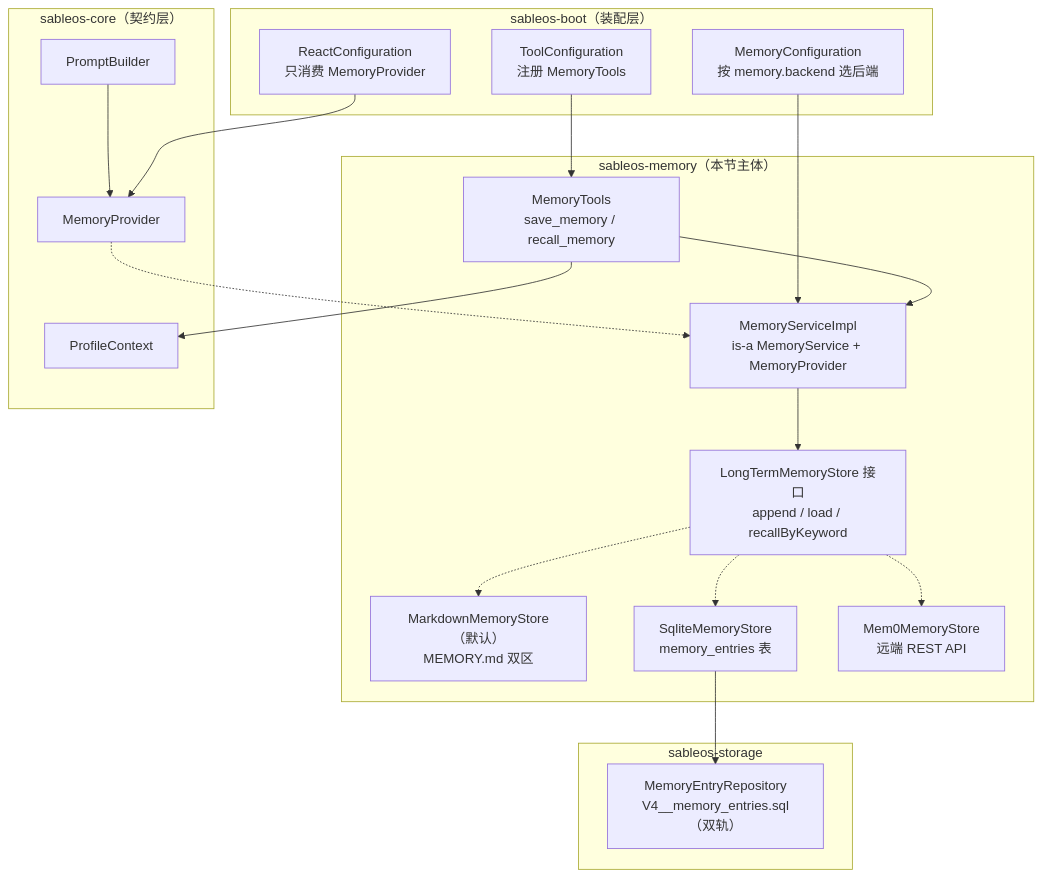
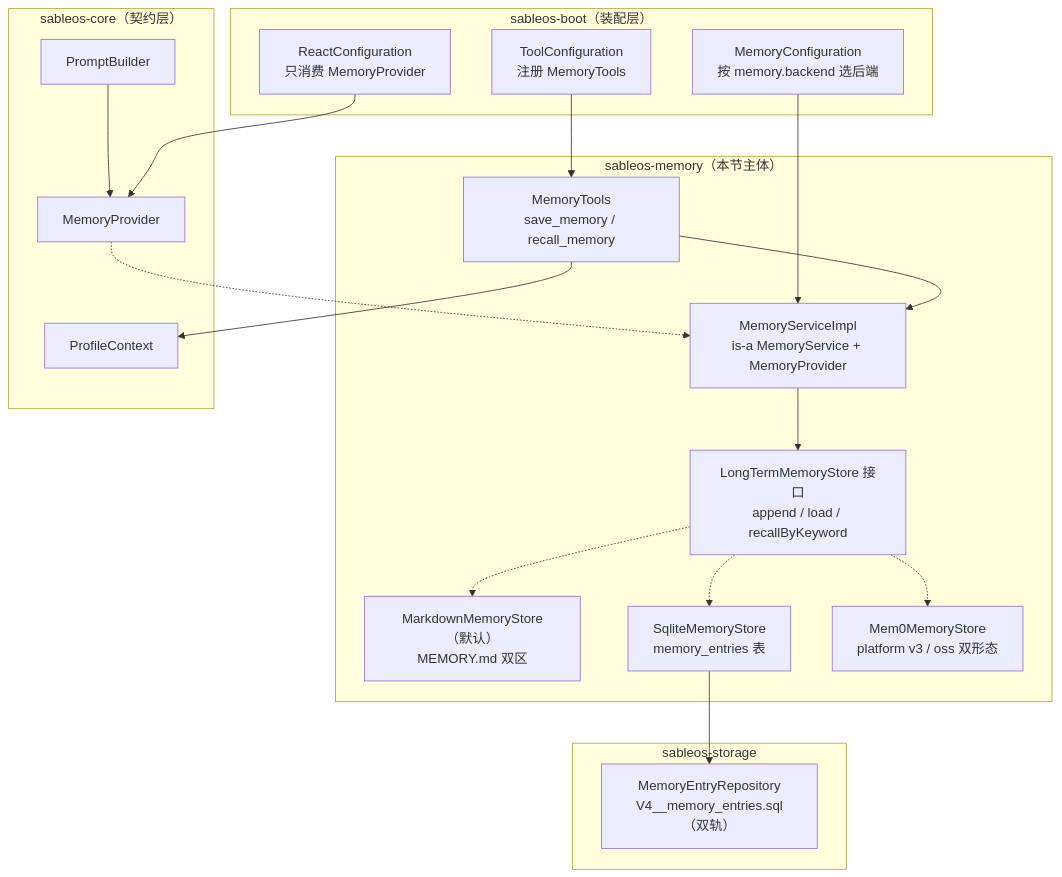
One commit to wychmod/sableos changed the first of 2 diagrams in docs/study/第22节-Memory代码走读.md. Above: the diagram before and after it, drawn with Mermaid. The commit also changed other lines of this file, not shown here.

Commit message:
docs(study): 第22节走读补充 Mem0 双形态（platform/oss 配置与协议分流）

````diff
--- a/docs/study/第22节-Memory代码走读.md
+++ b/docs/study/第22节-Memory代码走读.md
@@ -77,40 +122,40 @@
 ```mermaid
 flowchart TB
   subgraph boot["sableos-boot（装配层）"]
     MC["MemoryConfiguration<br/>按 memory.backend 选后端"]
     TC["ToolConfiguration<br/>注册 MemoryTools"]
     RC["ReactConfiguration<br/>只消费 MemoryProvider"]
   end
 
   subgraph memory["sableos-memory（本节主体）"]
     SVC["MemoryServiceImpl<br/>is-a MemoryService + MemoryProvider"]
     IF["LongTermMemoryStore 接口<br/>append / load / recallByKeyword"]
     MD["MarkdownMemoryStore（默认）<br/>MEMORY.md 双区"]
     SQL["SqliteMemoryStore<br/>memory_entries 表"]
-    M0["Mem0MemoryStore<br/>远端 REST API"]
+    M0["Mem0MemoryStore<br/>platform v3 / oss 双形态"]
     MT["MemoryTools<br/>save_memory / recall_memory"]
   end
 
   subgraph core["sableos-core（契约层）"]
     MP["MemoryProvider"]
     PB["PromptBuilder"]
     PC["ProfileContext"]
   end
 
   subgraph storage["sableos-storage"]
     REPO["MemoryEntryRepository<br/>V4__memory_entries.sql（双轨）"]
   end
 
   MC --> SVC
   SVC --> IF
   IF -.-> MD
   IF -.-> SQL
   IF -.-> M0
   SQL --> REPO
   TC --> MT
   MT --> SVC
   MT --> PC
   PB --> MP
   MP -.-> SVC
   RC --> MP
 ```
````
